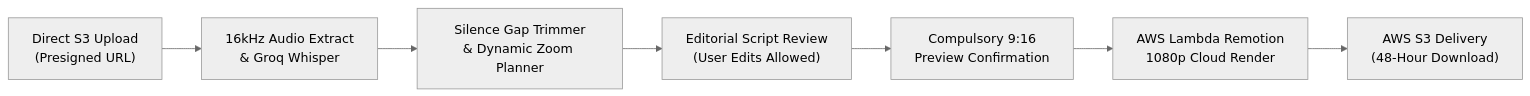
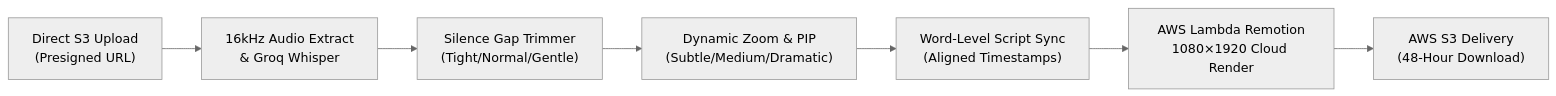
Before and after one commit to itnavideo/itnavideo: the diagram in docs/video-types/ai-shorts-polisher.md, drawn with Mermaid (neutral theme). The commit also changed other lines of this file and 223 other files, not shown here.

````diff
--- a/docs/video-types/ai-shorts-polisher.md
+++ b/docs/video-types/ai-shorts-polisher.md
@@ -65,9 +71,9 @@
 ```mermaid
 flowchart LR
     A["Direct S3 Upload<br/>(Presigned URL)"] --> B["16kHz Audio Extract<br/>& Groq Whisper"]
-    B --> C["Silence Gap Trimmer<br/>& Dynamic Zoom Planner"]
-    C --> D["Editorial Script Review<br/>(User Edits Allowed)"]
-    D --> E["Compulsory 9:16<br/>Preview Confirmation"]
-    E --> F["AWS Lambda Remotion<br/>1080p Cloud Render"]
+    B --> C["Silence Gap Trimmer<br/>(Tight/Normal/Gentle)"]
+    C --> D["Dynamic Zoom & PIP<br/>(Subtle/Medium/Dramatic)"]
+    D --> E["Word-Level Script Sync<br/>(Aligned Timestamps)"]
+    E --> F["AWS Lambda Remotion<br/>1080×1920 Cloud Render"]
     F --> G["AWS S3 Delivery<br/>(48-Hour Download)"]
 ```
````
